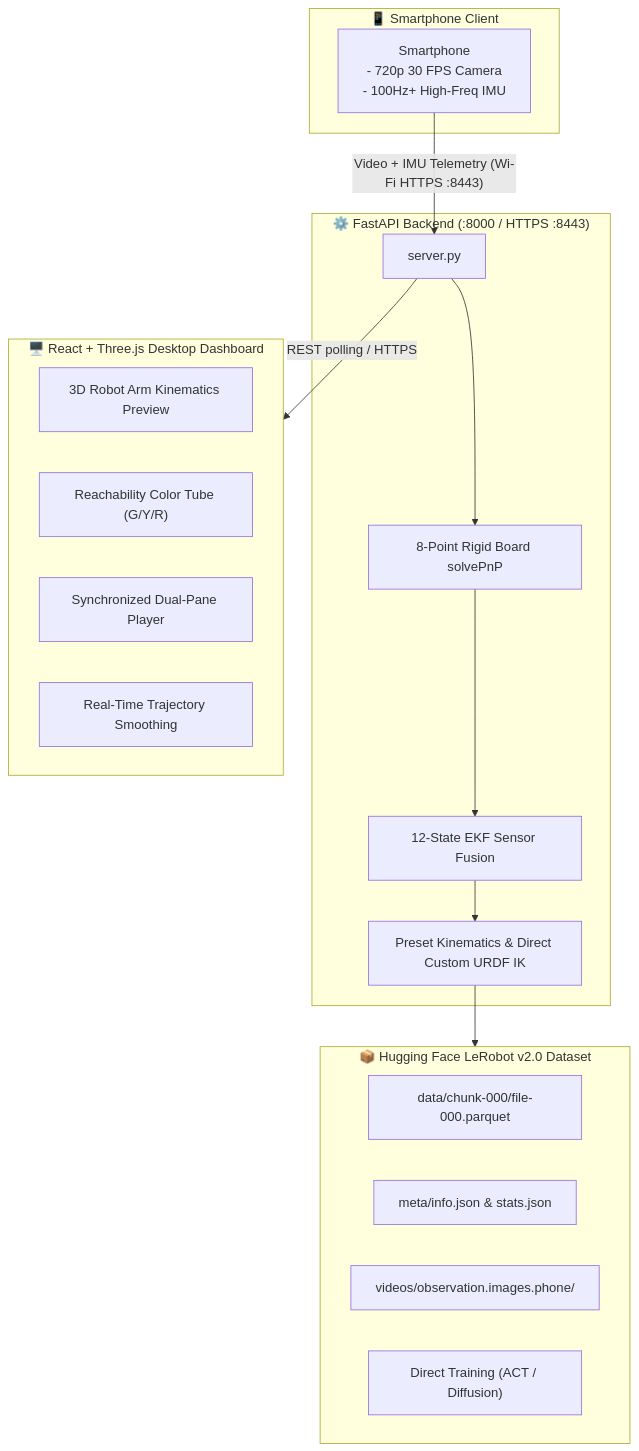
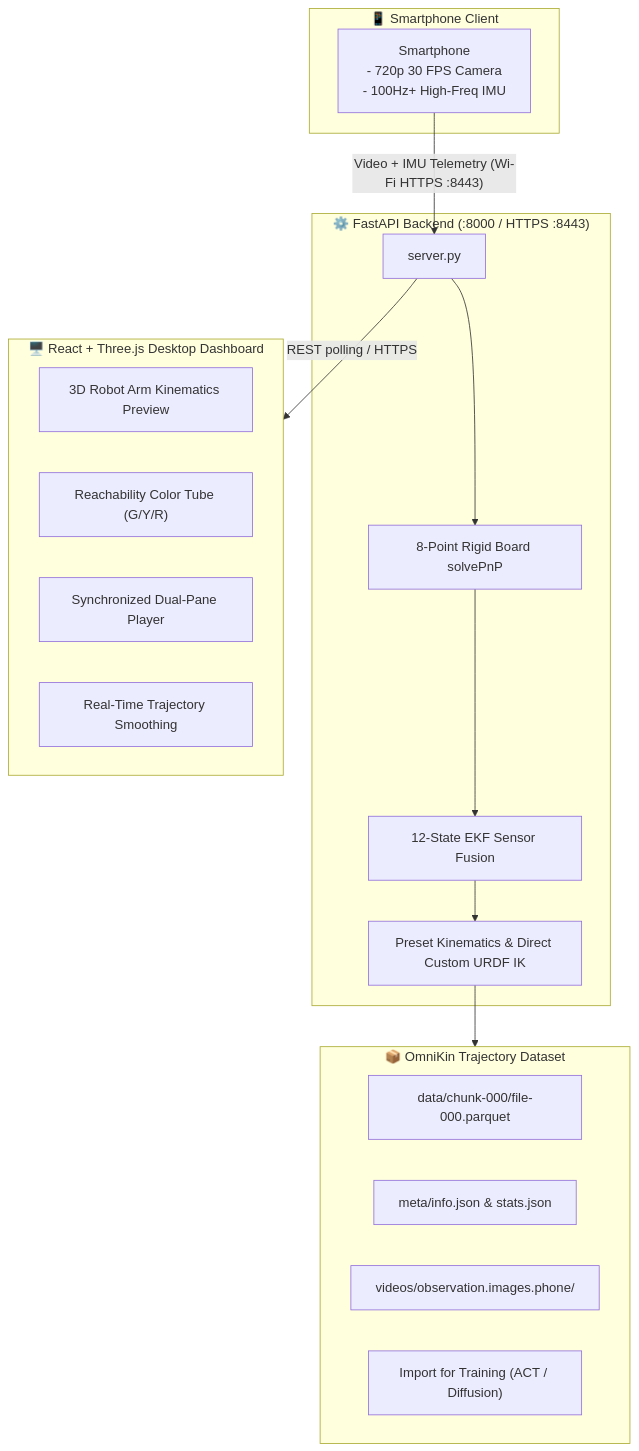
The first of 4 diagrams in README.md (FalightSK/omni-kin), drawn with Mermaid before and after one commit. The commit also changed other lines of this file and 22 other files, not shown here.

````diff
--- a/README.md
+++ b/README.md
@@ -5,32 +5,32 @@
 ```mermaid
 flowchart TD
     subgraph Client["📱 Smartphone Client"]
         Phone["Smartphone<br/>- 720p 30 FPS Camera<br/>- 100Hz+ High-Freq IMU"]
     end
 
     subgraph Backend["⚙️ FastAPI Backend (:8000 / HTTPS :8443)"]
         Server["server.py"]
         PnP["8-Point Rigid Board solvePnP"]
         EKF["12-State EKF Sensor Fusion"]
         IK["Preset Kinematics & Direct Custom URDF IK"]
         Server --> PnP --> EKF --> IK
     end
 
     subgraph Dashboard["🖥️ React + Three.js Desktop Dashboard"]
         View3D["3D Robot Arm Kinematics Preview"]
         ReachColor["Reachability Color Tube (G/Y/R)"]
         DualPlayer["Synchronized Dual-Pane Player"]
         Smooth["Real-Time Trajectory Smoothing"]
     end
 
-    subgraph Dataset["📦 Hugging Face LeRobot v2.0 Dataset"]
+    subgraph Dataset["📦 OmniKin Trajectory Dataset"]
         Parquet["data/chunk-000/file-000.parquet"]
         Meta["meta/info.json & stats.json"]
         Videos["videos/observation.images.phone/"]
-        Train["Direct Training (ACT / Diffusion)"]
+        Train["Import for Training (ACT / Diffusion)"]
     end
 
     Phone -- "Video + IMU Telemetry (Wi-Fi HTTPS :8443)" --> Server
     Server -- "REST polling / HTTPS" --> Dashboard
     IK --> Dataset
 ```
````
